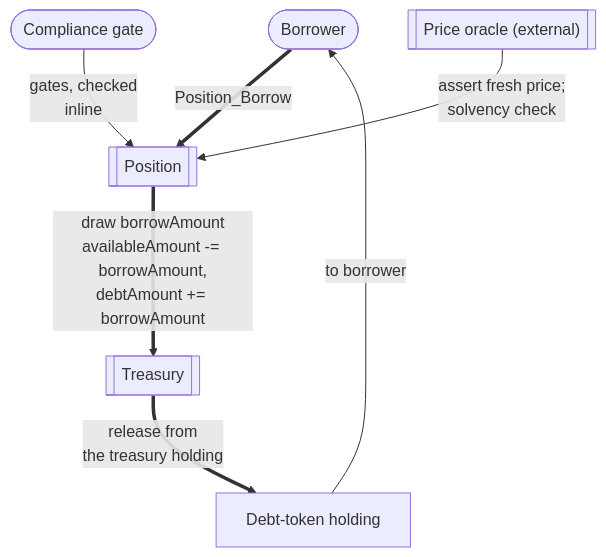
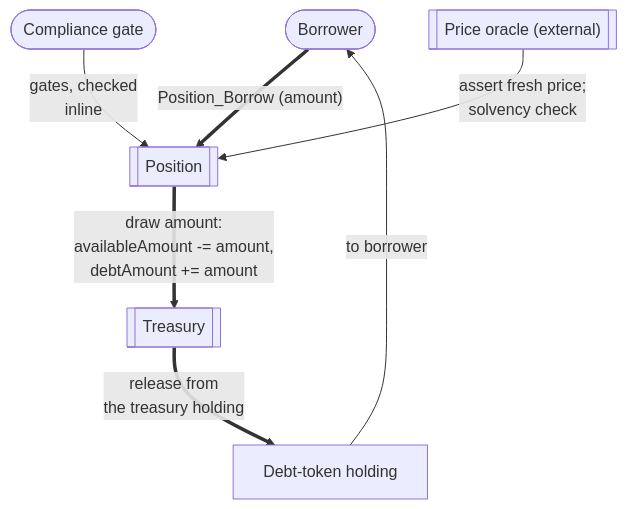
The fourth of 9 diagrams in docs/reference-architectures/lending.md (OpenZeppelin/canton-specs), drawn with Mermaid before and after one commit. The commit also changed other lines of this file, not shown here.

Commit message:
Make borrower only observer on their position. Other changes.

````diff
--- a/docs/reference-architectures/lending.md
+++ b/docs/reference-architectures/lending.md
@@ -375,16 +364,16 @@
 ```mermaid
 flowchart TD
     Borrower([Borrower])
     Compliance(["Compliance gate"])
     Oracle[["Price oracle (external)"]]
     Position[["Position"]]
     Treasury[["Treasury"]]
     Coin["Debt-token holding"]
 
-    Borrower ==>|"Position_Borrow"| Position
+    Borrower ==>|"Position_Borrow (amount)"| Position
     Compliance -->|"gates, checked<br/>inline"| Position
     Oracle -->|"assert fresh price;<br/>solvency check"| Position
-    Position ==>|"draw borrowAmount<br/>availableAmount -= borrowAmount,<br/>debtAmount += borrowAmount"| Treasury
+    Position ==>|"draw amount:<br/>availableAmount -= amount,<br/>debtAmount += amount"| Treasury
     Treasury ==>|"release from<br/>the treasury holding"| Coin
     Coin -->|"to borrower"| Borrower
 ```
````
